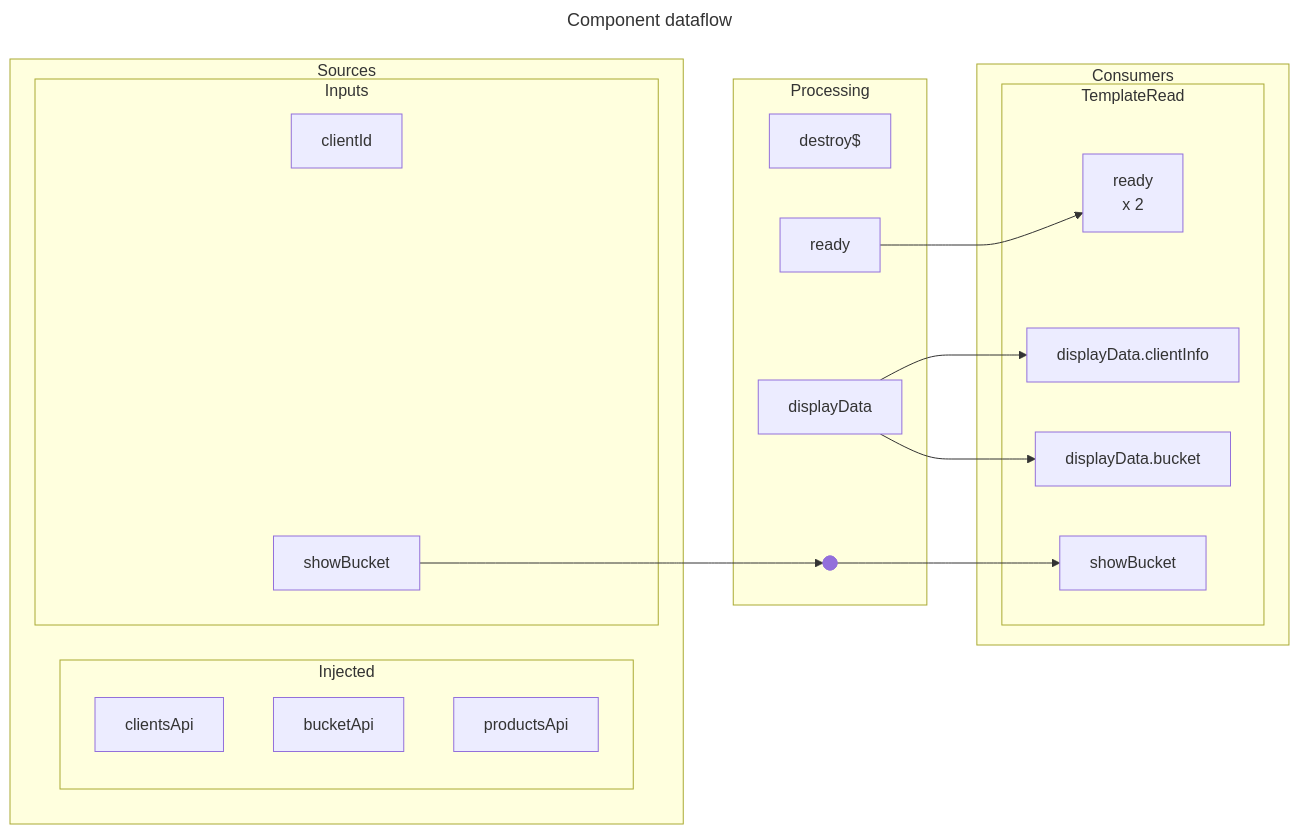
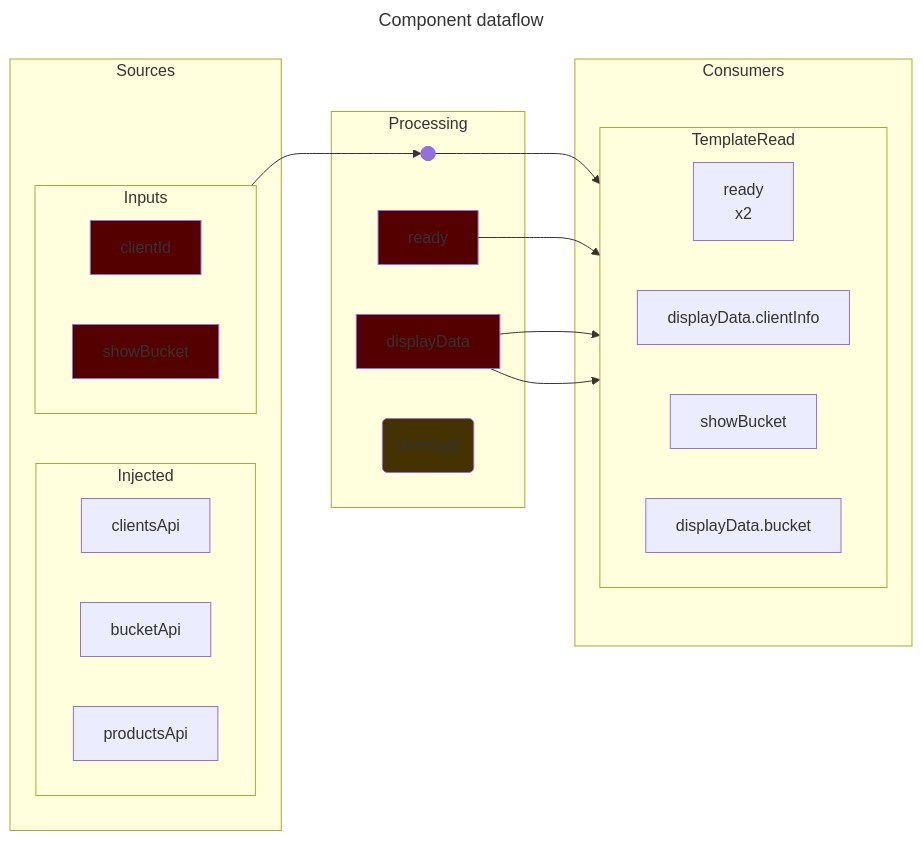
Before and after one commit to earthdmitriy/rx-evo: the first of 2 diagrams in src/app/components/optimized/combine/combine.component.dataflow.md, drawn with Mermaid. The commit also changed other lines of this file and 39 other files, not shown here.

Commit message:
updated dataflow diagrams

````diff
--- a/src/app/components/optimized/combine/combine.component.dataflow.md
+++ b/src/app/components/optimized/combine/combine.component.dataflow.md
@@ -3,64 +3,72 @@
 ```mermaid
 ---
 title: Component dataflow
 ---
 graph LR
     subgraph Sources
         subgraph Injected
+            direction LR
             Source_clientsApi["
                 clientsApi
             "]
             Source_bucketApi["
                 bucketApi
             "]
             Source_productsApi["
                 productsApi
             "]
         end
         subgraph Inputs
+            direction LR
             Source_clientId["
                 clientId
             "]
             Source_showBucket["
                 showBucket
             "]
         end
     end
     subgraph Processing
-        Processing_destroy$["
+        Processing_destroy$("
             destroy$
-        "]
+        ")
         Processing_ready["
             ready
         "]
         Processing_displayData["
             displayData
         "]
         Processing_showBucket@{ shape: f-circ, label: "Junction" }
     end
     subgraph Consumers
         subgraph TemplateRead
+            direction LR
             Consumer_ready["
                 ready
-x            2
+                x2
             "]
             Consumer_displayData.clientInfo["
                 displayData.clientInfo
             "]
             Consumer_showBucket["
                 showBucket
             "]
             Consumer_displayData.bucket["
                 displayData.bucket
             "]
         end
     end
     Sources ~~~ Processing
     Processing ~~~ Consumers
     Source_showBucket --> Processing_showBucket
     Processing_showBucket --> Consumer_showBucket
     Processing_ready --> Consumer_ready
     Processing_displayData --> Consumer_displayData.clientInfo
     Processing_displayData --> Consumer_displayData.bucket
+    style Source_clientId fill:#500
+    style Source_showBucket fill:#500
+    style Processing_ready fill:#500
+    style Processing_displayData fill:#500
+    style Processing_destroy$ fill:#430
 
 ```
````
